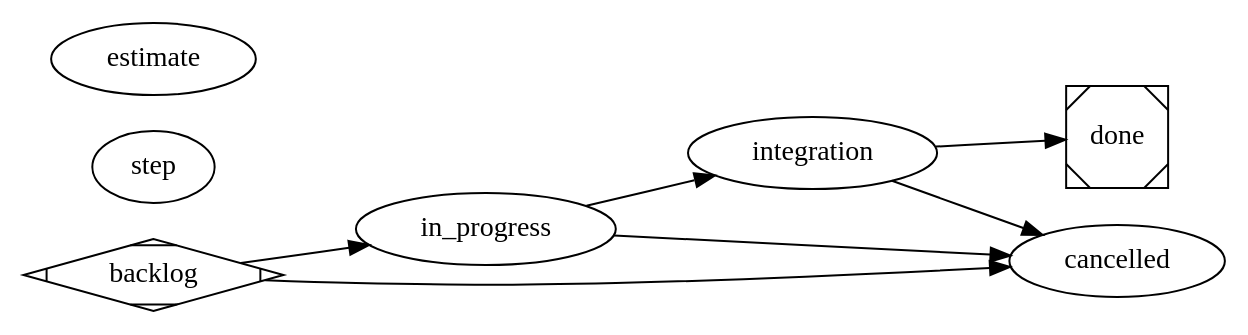
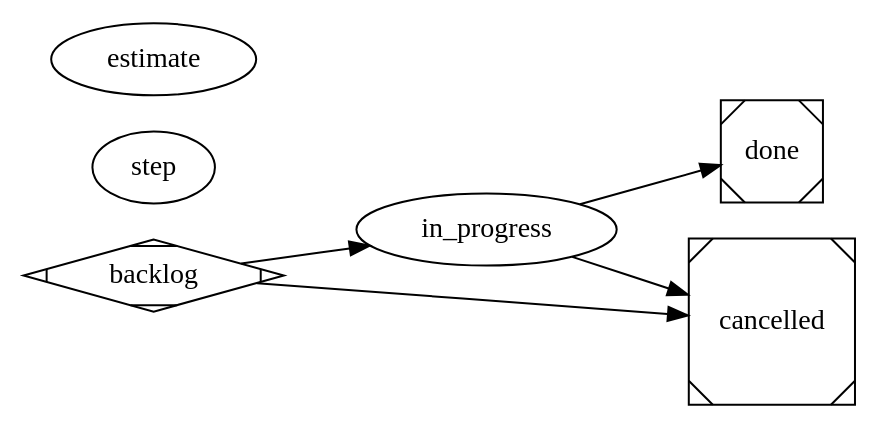
The diagram in internal/config/substrate/workflows/satelle-project-workflow.md (bobmcallan/satelle), drawn with Graphviz before and after one commit. The commit also changed other lines of this file and 12 other files, not shown here.

Commit message:
fix(substrate): seeded default project workflow is the most basic lifecycle; estimate gate becomes a coded check (sty_f804caaa)

````diff
--- a/internal/config/substrate/workflows/satelle-project-workflow.md
+++ b/internal/config/substrate/workflows/satelle-project-workflow.md
@@ -31,28 +33,25 @@
 ```dot
 digraph satelle_project_workflow {
-  graph [goal="Drive a story to done — intent judged before work, the implementation judged against the acceptance criteria, the close quality-checked", vars="story"]
+  graph [goal="Drive a story to done through the most basic lifecycle — estimates recorded at begin-work and close", vars="story"]
   rankdir=LR
 
   backlog     [shape=Mdiamond]
   in_progress [agent=executor]
-  integration [agent=executor]
-  done        [shape=Msquare, agent=reviewer, prompt="@skill:satelle-story-done-review"]
-  cancelled   [agent=reviewer, prompt="@skill:satelle-story-cancel-review"]
+  done        [shape=Msquare]
+  cancelled   [shape=Msquare]
 
   // step opts this workflow into per-transition step summaries (an edge-less
   // declaration, mandatory so a summary failure is surfaced).
   step        [agent=reviewer, prompt="@skill:satelle-step-summary", mandatory=true]
 
   // Declared scoped reviewer (edge-less, on="<target states>"): the always-on
-  // estimate/actual gate the workflow itself declares.
+  // estimate/actual gate — a CODED functional check, not an LLM rubric.
   estimate    [agent=reviewer, prompt="@skill:satelle-estimate-actual-review", on="in_progress,done"]
 
-  backlog -> in_progress [reviewer_skill="satelle-story-intent-review"]
-  in_progress -> integration [reviewer_skill="satelle-code-ac-review"]
-  integration -> done
+  backlog -> in_progress
+  in_progress -> done
 
   backlog     -> cancelled
   in_progress -> cancelled
-  integration -> cancelled
 }
 ```
````
